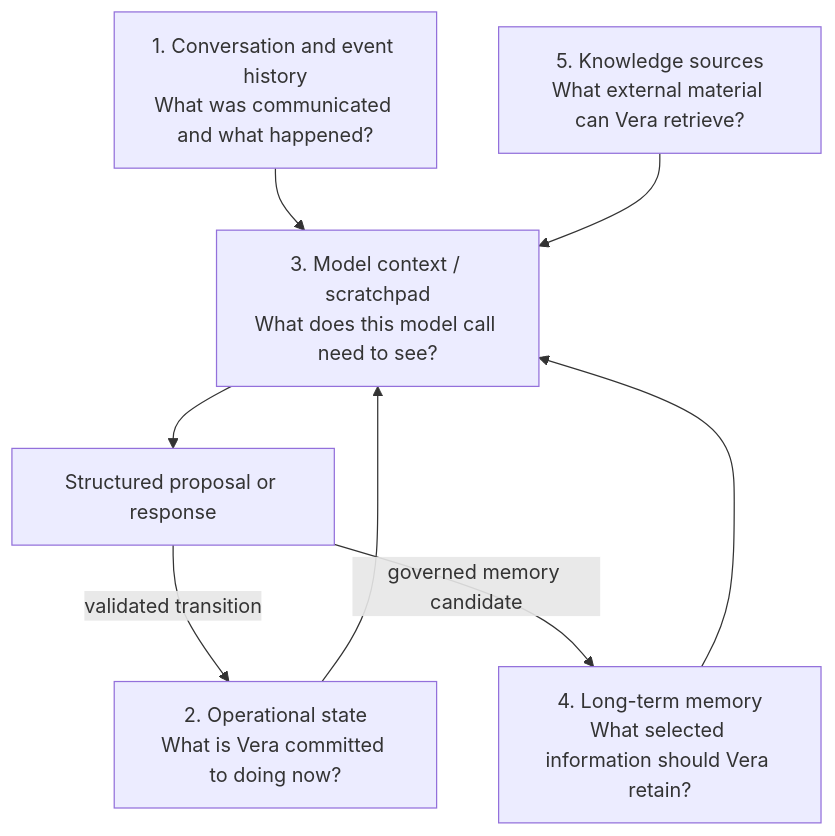
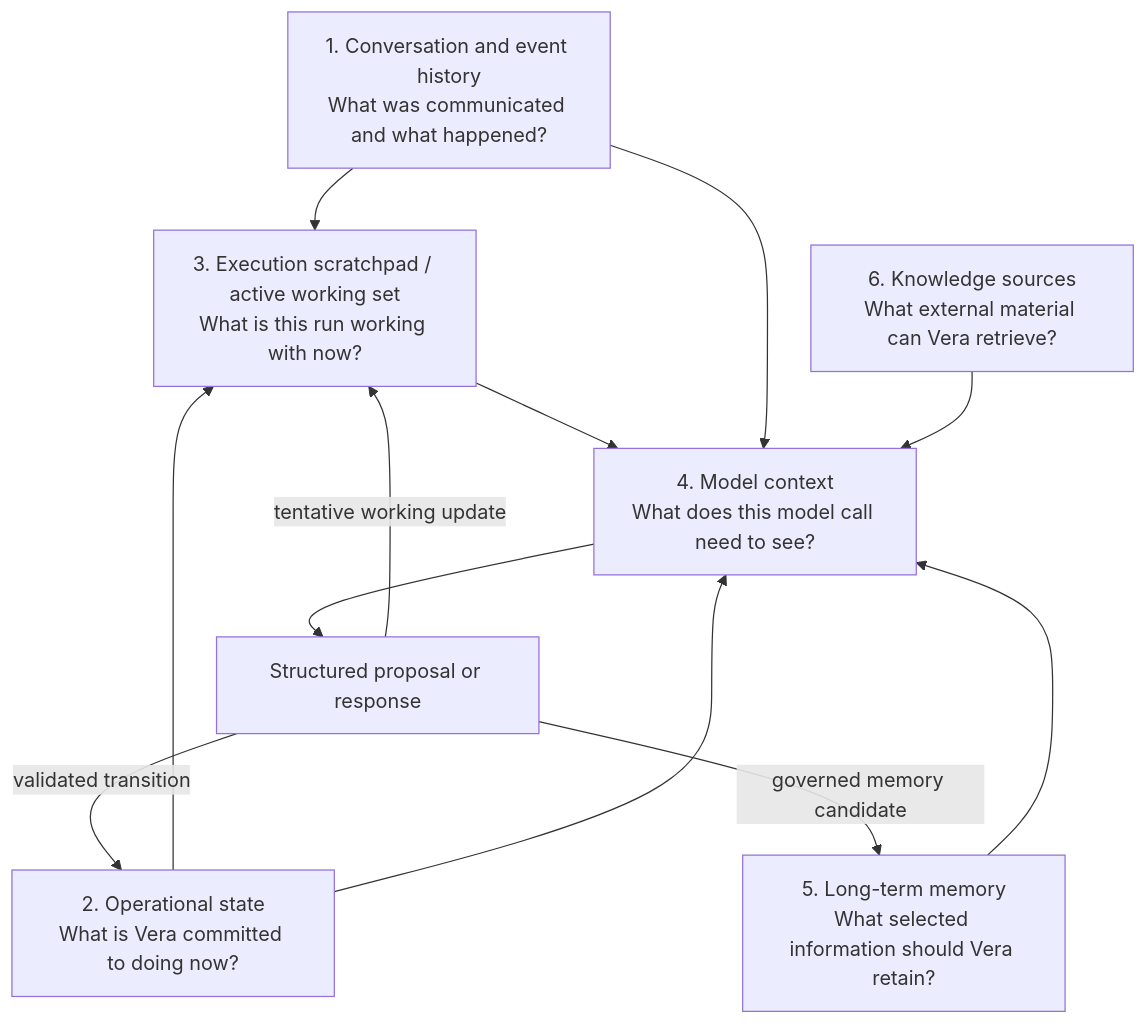
Before and after one commit to 4romgod/vera: the first of 4 diagrams in docs/memory-and-context.md, drawn with Mermaid. The commit also changed other lines of this file and 19 other files, not shown here.

````diff
--- a/docs/memory-and-context.md
+++ b/docs/memory-and-context.md
@@ -20,16 +28,21 @@
 ```mermaid
 flowchart TB
     H["1. Conversation and event history<br/>What was communicated and what happened?"]
     O["2. Operational state<br/>What is Vera committed to doing now?"]
-    C["3. Model context / scratchpad<br/>What does this model call need to see?"]
-    M["4. Long-term memory<br/>What selected information should Vera retain?"]
-    K["5. Knowledge sources<br/>What external material can Vera retrieve?"]
+    W["3. Execution scratchpad / active working set<br/>What is this run working with now?"]
+    C["4. Model context<br/>What does this model call need to see?"]
+    M["5. Long-term memory<br/>What selected information should Vera retain?"]
+    K["6. Knowledge sources<br/>What external material can Vera retrieve?"]
 
+    H --> W
+    O --> W
+    W --> C
     H --> C
     O --> C
     M --> C
     K --> C
     C --> P["Structured proposal or response"]
+    P -->|"tentative working update"| W
     P -->|"validated transition"| O
     P -->|"governed memory candidate"| M
 ```
````
